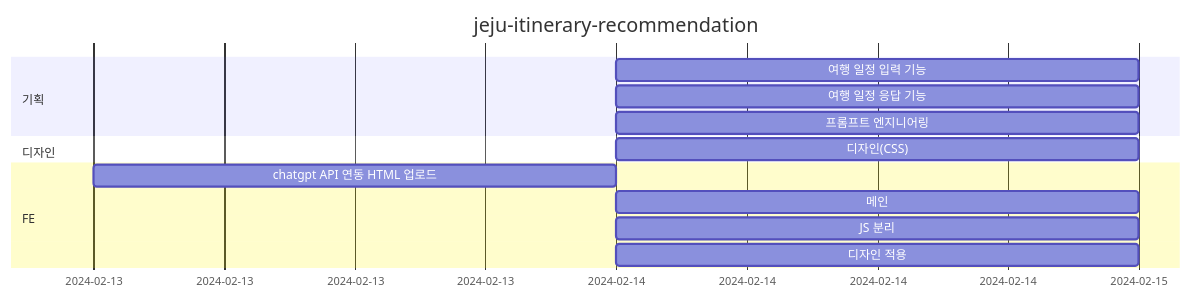
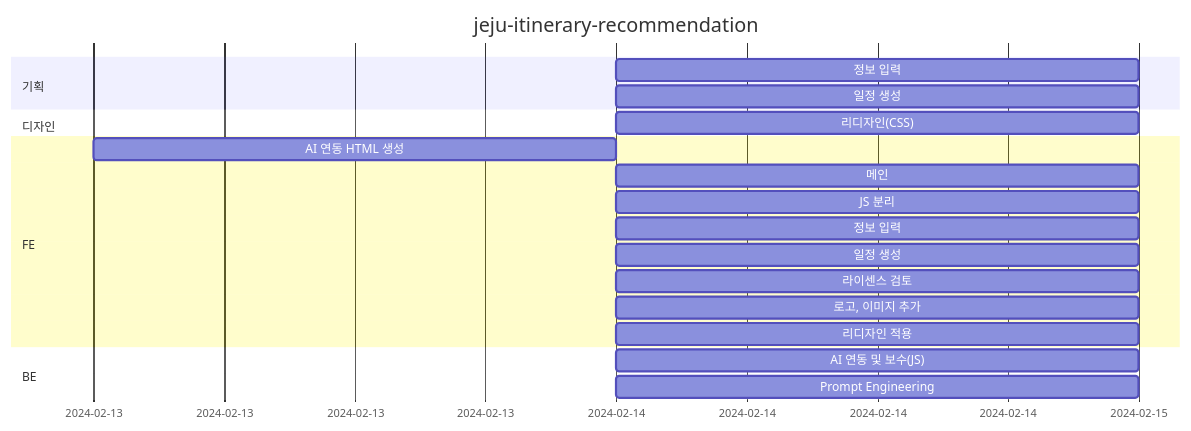
The second of 3 diagrams in README.md (devshin-91/Travel_Recommend), drawn with Mermaid before and after one commit. The commit also changed other lines of this file, not shown here.

````diff
--- a/README.md
+++ b/README.md
@@ -6,16 +69,22 @@
 ```mermaid
 gantt
     title jeju-itinerary-recommendation
     dateFormat YY-MM-DD
     section 기획
-        여행 일정 입력 기능 :2024-02-14, 1d
-        여행 일정 응답 기능 :2024-02-14, 1d
-        프롬프트 엔지니어링    :2024-02-14, 1d
+        정보 입력 :2024-02-14, 1d
+        일정 생성 :2024-02-14, 1d
     section 디자인
-        디자인(CSS) :2024-02-14, 1d
+        리디자인(CSS) :2024-02-14, 1d
     section FE
-        chatgpt API 연동 HTML 업로드 :2024-02-13, 1d
-        메인    :2024-02-14, 1d
-        JS 분리    :2024-02-14, 1d
-        디자인 적용 :2024-02-14, 1d
+        AI 연동 HTML 생성 :2024-02-13, 1d
+        메인 :2024-02-14, 1d
+        JS 분리 :2024-02-14, 1d
+        정보 입력 :2024-02-14, 1d
+        일정 생성 :2024-02-14, 1d
+        라이센스 검토 :2024-02-14, 1d 
+        로고, 이미지 추가 :2024-02-14, 1d  
+        리디자인 적용 :2024-02-14, 1d
+    section BE
+        AI 연동 및 보수(JS) : 2024-02-14, 1d 
+        Prompt Engineering :2024-02-14, 1d
 ```
````
